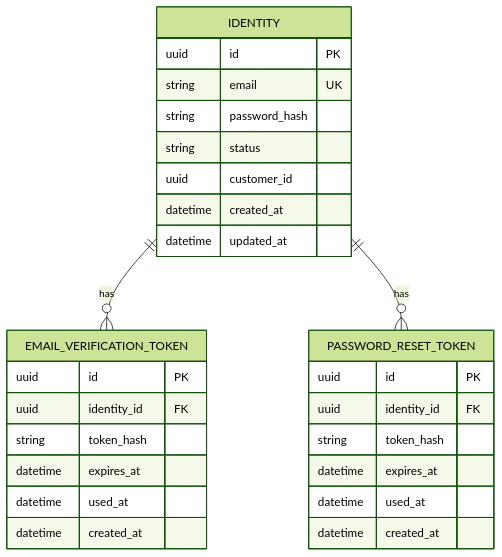
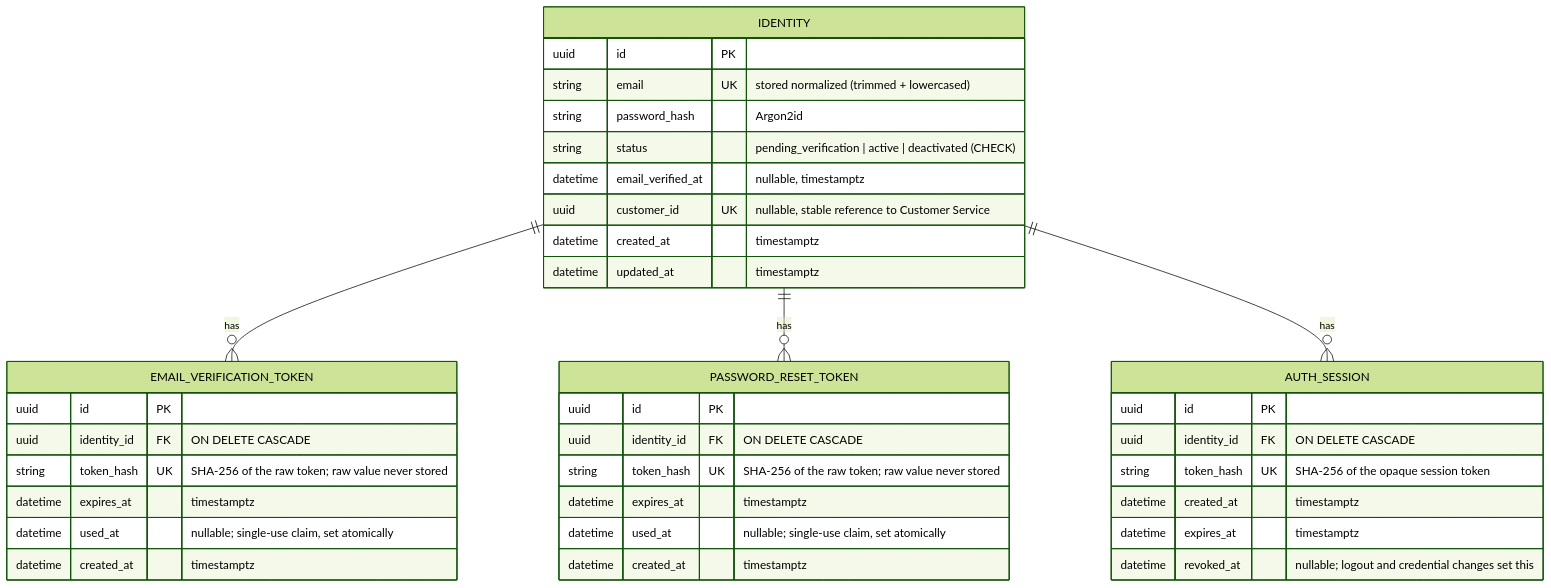
The diagram in docs/db.mmd (payamsaemij/banking-identity), drawn with Mermaid (forest theme) before and after one commit. The commit also changed 79 other files, not shown here.

```diff
--- a/docs/db.mmd
+++ b/docs/db.mmd
@@ -1,32 +1,42 @@
-
 erDiagram
     IDENTITY ||--o{ EMAIL_VERIFICATION_TOKEN : has
     IDENTITY ||--o{ PASSWORD_RESET_TOKEN : has
+    IDENTITY ||--o{ AUTH_SESSION : has
 
     IDENTITY {
         uuid id PK
-        string email UK
-        string password_hash
-        string status
-        uuid customer_id
-        datetime created_at
-        datetime updated_at
+        string email UK "stored normalized (trimmed + lowercased)"
+        string password_hash "Argon2id"
+        string status "pending_verification | active | deactivated (CHECK)"
+        datetime email_verified_at "nullable, timestamptz"
+        uuid customer_id UK "nullable, stable reference to Customer Service"
+        datetime created_at "timestamptz"
+        datetime updated_at "timestamptz"
     }
 
     EMAIL_VERIFICATION_TOKEN {
         uuid id PK
-        uuid identity_id FK
-        string token_hash
-        datetime expires_at
-        datetime used_at
-        datetime created_at
+        uuid identity_id FK "ON DELETE CASCADE"
+        string token_hash UK "SHA-256 of the raw token; raw value never stored"
+        datetime expires_at "timestamptz"
+        datetime used_at "nullable; single-use claim, set atomically"
+        datetime created_at "timestamptz"
     }
 
     PASSWORD_RESET_TOKEN {
         uuid id PK
-        uuid identity_id FK
-        string token_hash
-        datetime expires_at
-        datetime used_at
-        datetime created_at
+        uuid identity_id FK "ON DELETE CASCADE"
+        string token_hash UK "SHA-256 of the raw token; raw value never stored"
+        datetime expires_at "timestamptz"
+        datetime used_at "nullable; single-use claim, set atomically"
+        datetime created_at "timestamptz"
     }
+
+    AUTH_SESSION {
+        uuid id PK
+        uuid identity_id FK "ON DELETE CASCADE"
+        string token_hash UK "SHA-256 of the opaque session token"
+        datetime created_at "timestamptz"
+        datetime expires_at "timestamptz"
+        datetime revoked_at "nullable; logout and credential changes set this"
+    }
```
